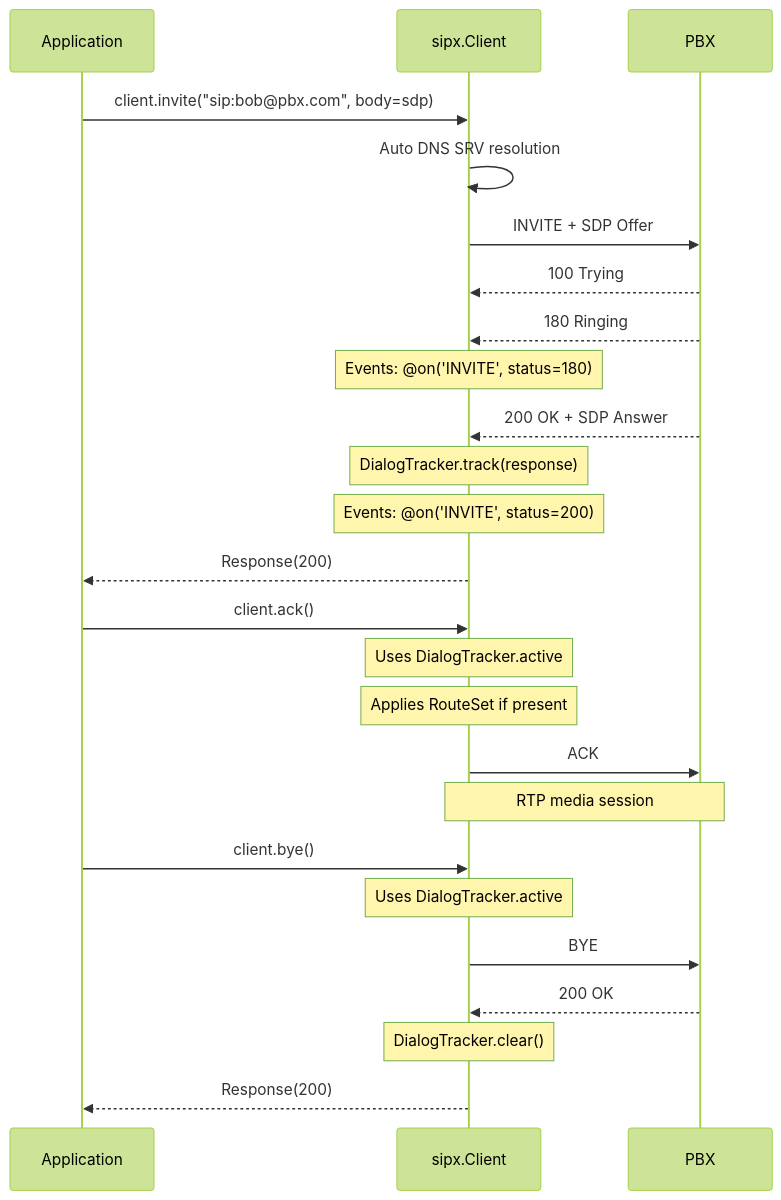
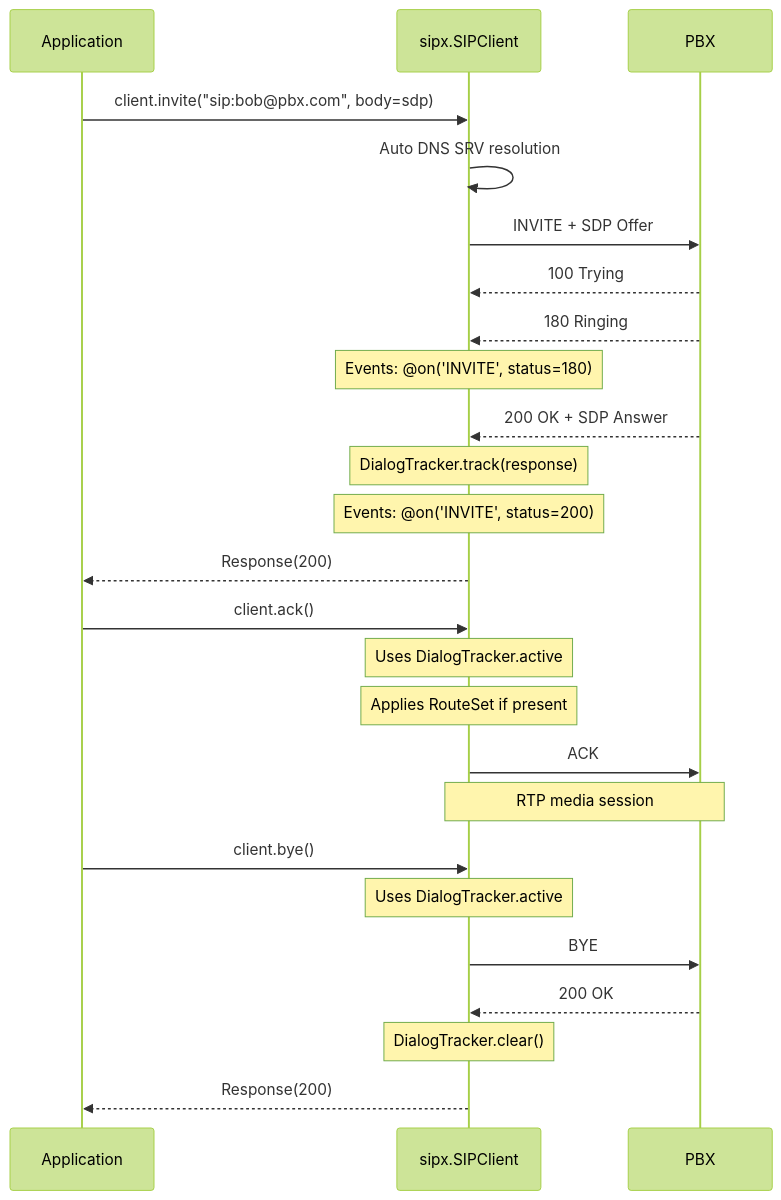
The sixth of 9 diagrams in docs/SDD.md (oornnery/sipx), drawn with Mermaid (forest theme) before and after one commit. The commit also changed other lines of this file and 77 other files, not shown here.

````diff
--- a/docs/SDD.md
+++ b/docs/SDD.md
@@ -569,33 +568,33 @@
 ```mermaid
 sequenceDiagram
     participant App as Application
-    participant C as sipx.Client
+    participant C as sipx.SIPClient
     participant PBX as PBX
 
     App->>C: client.invite("sip:bob@pbx.com", body=sdp)
     C->>C: Auto DNS SRV resolution
     C->>PBX: INVITE + SDP Offer
 
     PBX-->>C: 100 Trying
     PBX-->>C: 180 Ringing
     Note over C: Events: @on('INVITE', status=180)
 
     PBX-->>C: 200 OK + SDP Answer
     Note over C: DialogTracker.track(response)
     Note over C: Events: @on('INVITE', status=200)
     C-->>App: Response(200)
 
     App->>C: client.ack()
     Note over C: Uses DialogTracker.active
     Note over C: Applies RouteSet if present
     C->>PBX: ACK
 
     Note over C,PBX: RTP media session
 
     App->>C: client.bye()
     Note over C: Uses DialogTracker.active
     C->>PBX: BYE
     PBX-->>C: 200 OK
     Note over C: DialogTracker.clear()
     C-->>App: Response(200)
 ```
````
